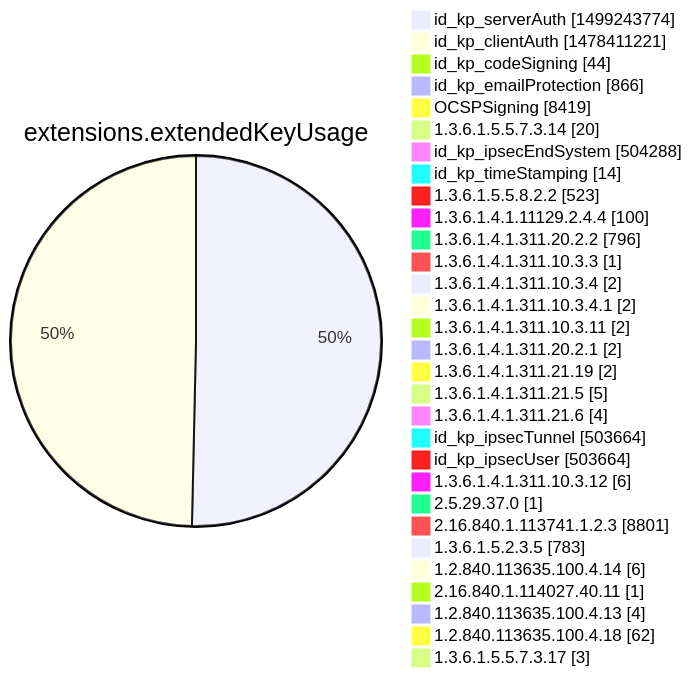
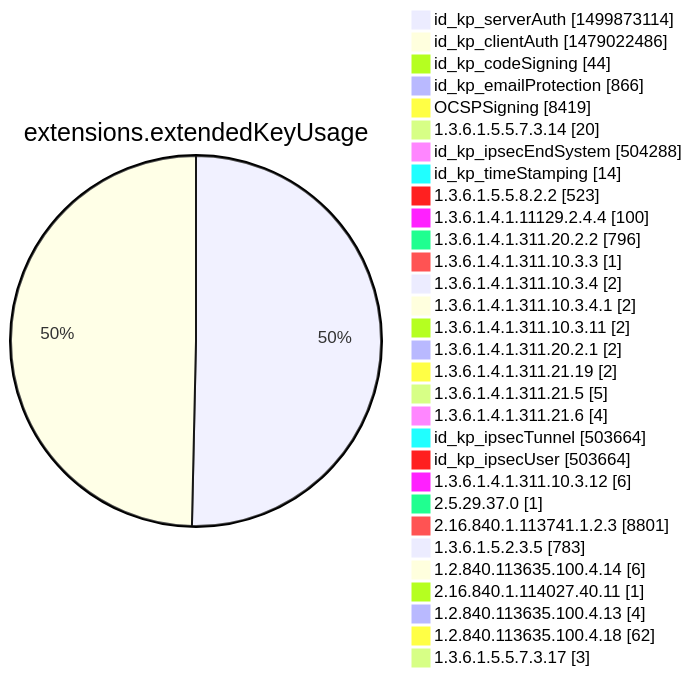
Before and after one commit to christiankrug/ctmonitor_visualization: diagram 12 of 15 in argon2022/README.md, drawn with Mermaid. The commit also changed other lines of this file, not shown here.

````diff
--- a/argon2022/README.md
+++ b/argon2022/README.md
@@ -3555,34 +3555,34 @@
 ```mermaid
 pie showData
 title extensions.extendedKeyUsage
-"id_kp_serverAuth" :1499243774
-"id_kp_clientAuth" :1478411221
+"id_kp_serverAuth" :1499873114
+"id_kp_clientAuth" :1479022486
 "id_kp_codeSigning" :44
 "id_kp_emailProtection" :866
 "OCSPSigning" :8419
 "1.3.6.1.5.5.7.3.14" :20
 "id_kp_ipsecEndSystem" :504288
 "id_kp_timeStamping" :14
 "1.3.6.1.5.5.8.2.2" :523
 "1.3.6.1.4.1.11129.2.4.4" :100
 "1.3.6.1.4.1.311.20.2.2" :796
 "1.3.6.1.4.1.311.10.3.3" :1
 "1.3.6.1.4.1.311.10.3.4" :2
 "1.3.6.1.4.1.311.10.3.4.1" :2
 "1.3.6.1.4.1.311.10.3.11" :2
 "1.3.6.1.4.1.311.20.2.1" :2
 "1.3.6.1.4.1.311.21.19" :2
 "1.3.6.1.4.1.311.21.5" :5
 "1.3.6.1.4.1.311.21.6" :4
 "id_kp_ipsecTunnel" :503664
 "id_kp_ipsecUser" :503664
 "1.3.6.1.4.1.311.10.3.12" :6
 "2.5.29.37.0" :1
 "2.16.840.1.113741.1.2.3" :8801
 "1.3.6.1.5.2.3.5" :783
 "1.2.840.113635.100.4.14" :6
 "2.16.840.1.114027.40.11" :1
 "1.2.840.113635.100.4.13" :4
 "1.2.840.113635.100.4.18" :62
 "1.3.6.1.5.5.7.3.17" :3
 ```
````
